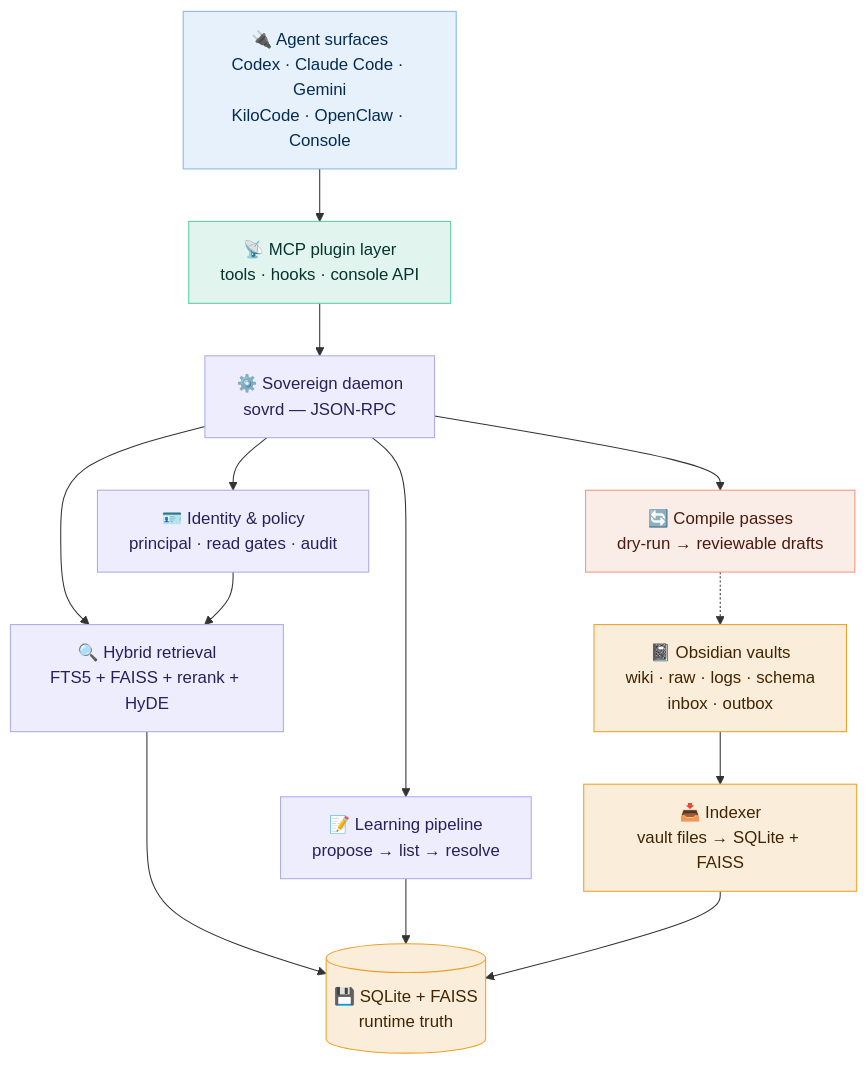
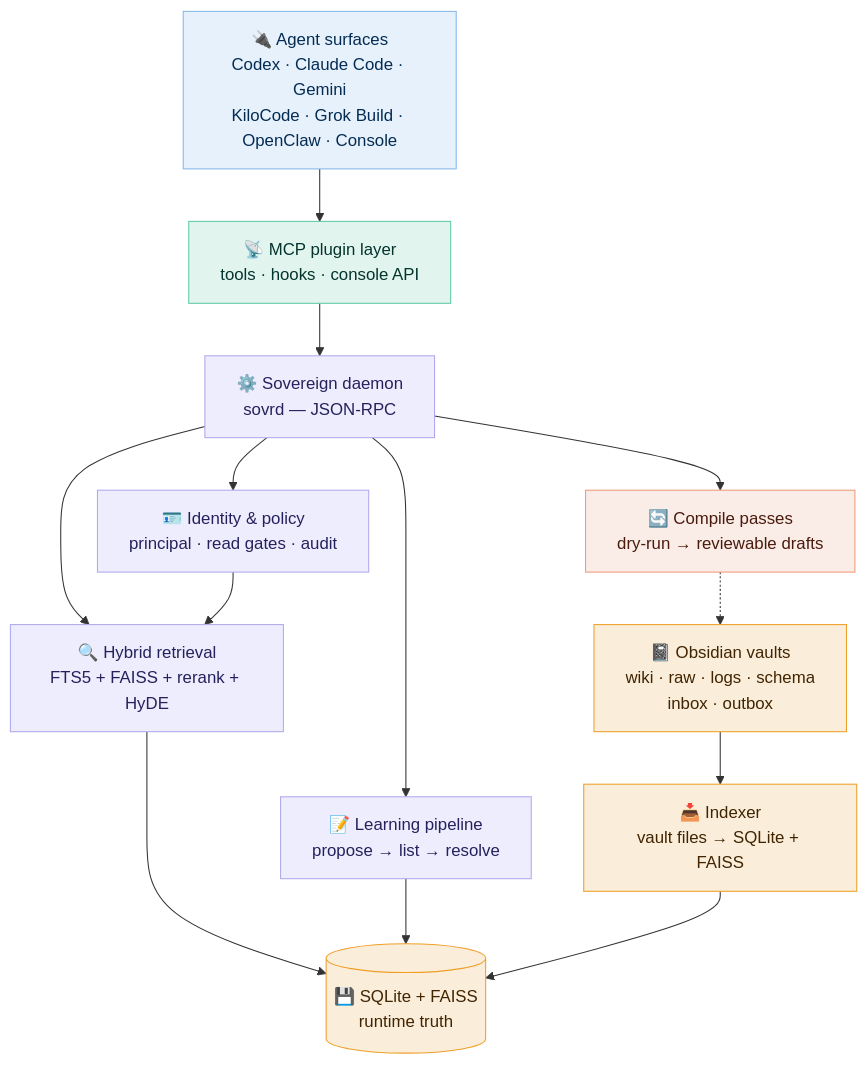
Before and after one commit to infektyd/minni: the diagram in README.md, drawn with Mermaid. The commit also changed other lines of this file, not shown here.

````diff
--- a/README.md
+++ b/README.md
@@ -189,37 +216,37 @@
 ```mermaid
 flowchart TD
-    Agents["🔌 Agent surfaces\nCodex · Claude Code · Gemini\nKiloCode · OpenClaw · Console"]
+    Agents["🔌 Agent surfaces\nCodex · Claude Code · Gemini\nKiloCode · Grok Build · OpenClaw · Console"]
     Plugin["📡 MCP plugin layer\ntools · hooks · console API"]
     Daemon["⚙️ Sovereign daemon\nsovrd — JSON-RPC"]
     Identity["🪪 Identity & policy\nprincipal · read gates · audit"]
     Retrieval["🔍 Hybrid retrieval\nFTS5 + FAISS + rerank + HyDE"]
     Learning["📝 Learning pipeline\npropose → list → resolve"]
     Storage[("💾 SQLite + FAISS\nruntime truth")]
     Vaults["📓 Obsidian vaults\nwiki · raw · logs · schema\ninbox · outbox"]
     Indexer["📥 Indexer\nvault files → SQLite + FAISS"]
     Compile["🔄 Compile passes\ndry-run → reviewable drafts"]
 
     Agents --> Plugin
     Plugin --> Daemon
     Daemon --> Identity
     Daemon --> Retrieval
     Daemon --> Learning
     Identity --> Retrieval
     Retrieval --> Storage
     Learning --> Storage
     Daemon --> Compile
     Compile -.-> Vaults
     Vaults --> Indexer
     Indexer --> Storage
 
     style Agents fill:#E6F1FB,stroke:#85B7EB,color:#042C53
     style Plugin fill:#E1F5EE,stroke:#5DCAA5,color:#04342C
     style Daemon fill:#EEEDFE,stroke:#AFA9EC,color:#26215C
     style Identity fill:#EEEDFE,stroke:#AFA9EC,color:#26215C
     style Retrieval fill:#EEEDFE,stroke:#AFA9EC,color:#26215C
     style Learning fill:#EEEDFE,stroke:#AFA9EC,color:#26215C
     style Storage fill:#FAEEDA,stroke:#EF9F27,color:#412402
     style Vaults fill:#FAEEDA,stroke:#EF9F27,color:#412402
     style Indexer fill:#FAEEDA,stroke:#EF9F27,color:#412402
     style Compile fill:#FAECE7,stroke:#F0997B,color:#4A1B0C
 ```
````
